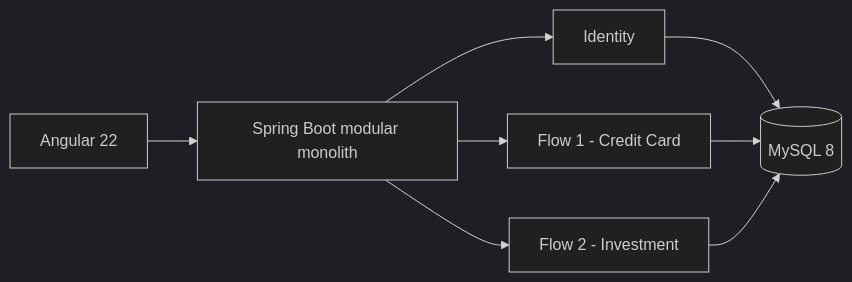
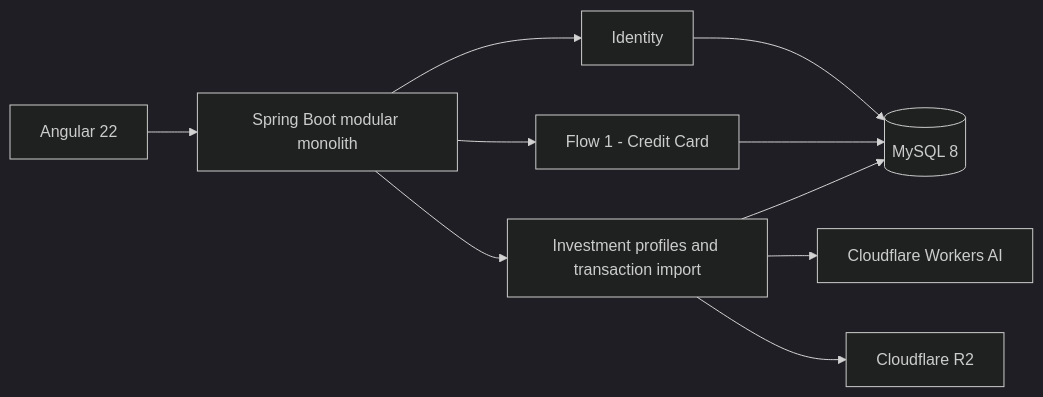
The diagram in kira-bank/docs/architecture/overview.md (pvhao2002/kira-app), drawn with Mermaid (dark theme) before and after one commit. The commit also changed other lines of this file and 112 other files, not shown here.

Commit message:
feat: introduce investment transaction import functionality with related entities and DTOs

````diff
--- a/kira-bank/docs/architecture/overview.md
+++ b/kira-bank/docs/architecture/overview.md
@@ -5,10 +5,12 @@
 ```mermaid
 flowchart LR
  UI[Angular 22] --> API[Spring Boot modular monolith]
  API --> ID[Identity]
  API --> F1[Flow 1 - Credit Card]
- API --> F2[Flow 2 - Investment]
+ API --> F2[Investment profiles and transaction import]
+ F2 --> AI[Cloudflare Workers AI]
+ F2 --> R2[Cloudflare R2]
  ID --> DB[(MySQL 8)]
  F1 --> DB
  F2 --> DB
 ```
````
